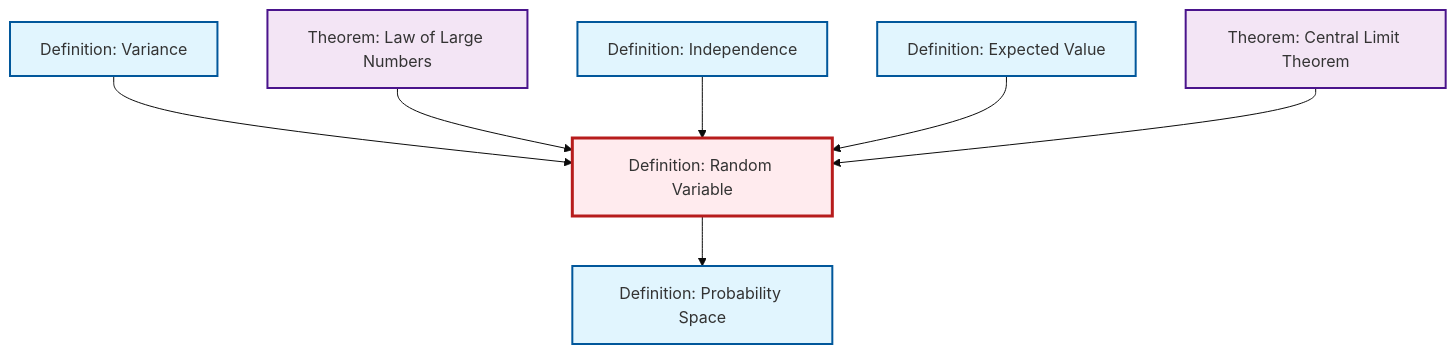
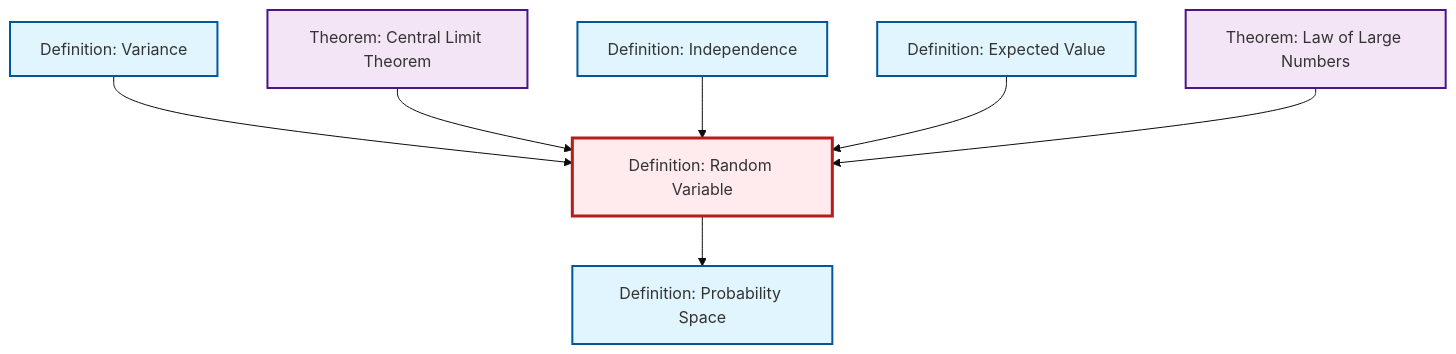
The diagram in content/en/probability-statistics/def-random-variable.qmd (RK0429/ModernMath), drawn with Mermaid (base theme) before and after one commit. The commit also changed other lines of this file and 497 other files, not shown here.

````diff
--- a/content/en/probability-statistics/def-random-variable.qmd
+++ b/content/en/probability-statistics/def-random-variable.qmd
@@ -47,29 +47,29 @@
 ```{mermaid}
 %%| fig-cap: "Local dependency graph"
 graph TD
     classDef definition fill:#e1f5fe,stroke:#01579b,stroke-width:2px
     classDef theorem fill:#f3e5f5,stroke:#4a148c,stroke-width:2px
     classDef axiom fill:#fff3e0,stroke:#e65100,stroke-width:2px
     classDef example fill:#e8f5e9,stroke:#1b5e20,stroke-width:2px
     classDef current fill:#ffebee,stroke:#b71c1c,stroke-width:3px
+    def-random-variable["Definition: Random Variable"]:::definition
+    def-variance["Definition: Variance"]:::definition
+    thm-central-limit["Theorem: Central Limit Theorem"]:::theorem
+    def-expectation["Definition: Expected Value"]:::definition
+    thm-law-of-large-numbers["Theorem: Law of Large Numbers"]:::theorem
+    def-independence["Definition: Independence"]:::definition
     def-probability-space["Definition: Probability Space"]:::definition
-    def-expectation["Definition: Expected Value"]:::definition
-    def-random-variable["Definition: Random Variable"]:::definition
-    def-independence["Definition: Independence"]:::definition
-    thm-central-limit["Theorem: Central Limit Theorem"]:::theorem
-    def-variance["Definition: Variance"]:::definition
-    thm-law-of-large-numbers["Theorem: Law of Large Numbers"]:::theorem
-    def-random-variable --> def-probability-space
     def-variance --> def-random-variable
-    thm-law-of-large-numbers --> def-random-variable
+    thm-central-limit --> def-random-variable
     def-independence --> def-random-variable
     def-expectation --> def-random-variable
-    thm-central-limit --> def-random-variable
+    def-random-variable --> def-probability-space
+    thm-law-of-large-numbers --> def-random-variable
     class def-random-variable current
+    click def-variance "def-variance.html" "Go to Variance definition"
+    click thm-central-limit "thm-central-limit.html" "Go to Central Limit Theorem theorem"
+    click def-expectation "def-expectation.html" "Go to Expected Value definition"
+    click thm-law-of-large-numbers "thm-law-of-large-numbers.html" "Go to Law of Large Numbers theorem"
+    click def-independence "def-independence.html" "Go to Independence definition"
     click def-probability-space "def-probability-space.html" "Go to Probability Space definition"
-    click def-expectation "def-expectation.html" "Go to Expected Value definition"
-    click def-independence "def-independence.html" "Go to Independence definition"
-    click thm-central-limit "thm-central-limit.html" "Go to Central Limit Theorem theorem"
-    click def-variance "def-variance.html" "Go to Variance definition"
-    click thm-law-of-large-numbers "thm-law-of-large-numbers.html" "Go to Law of Large Numbers theorem"
 ```
````
